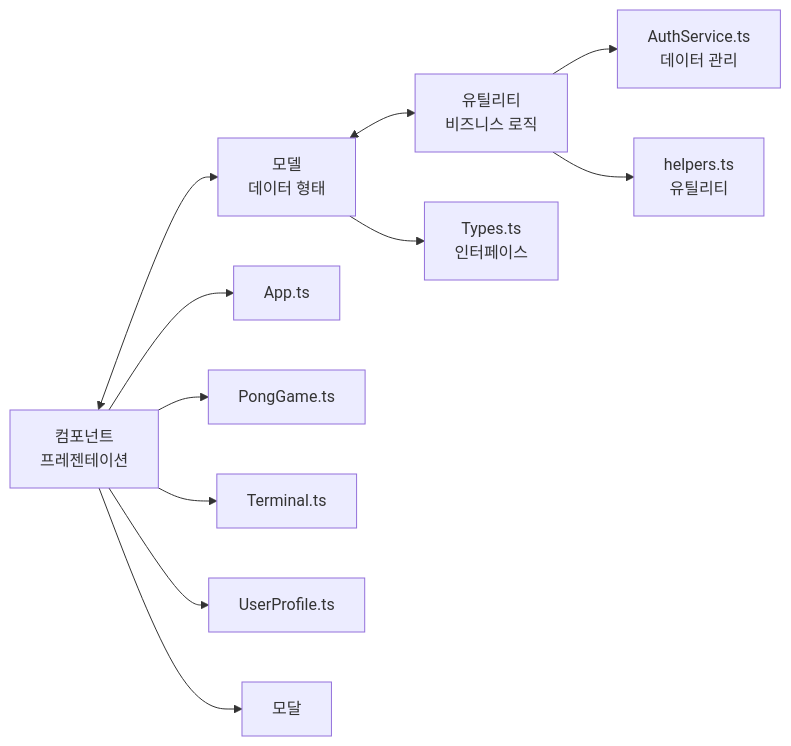
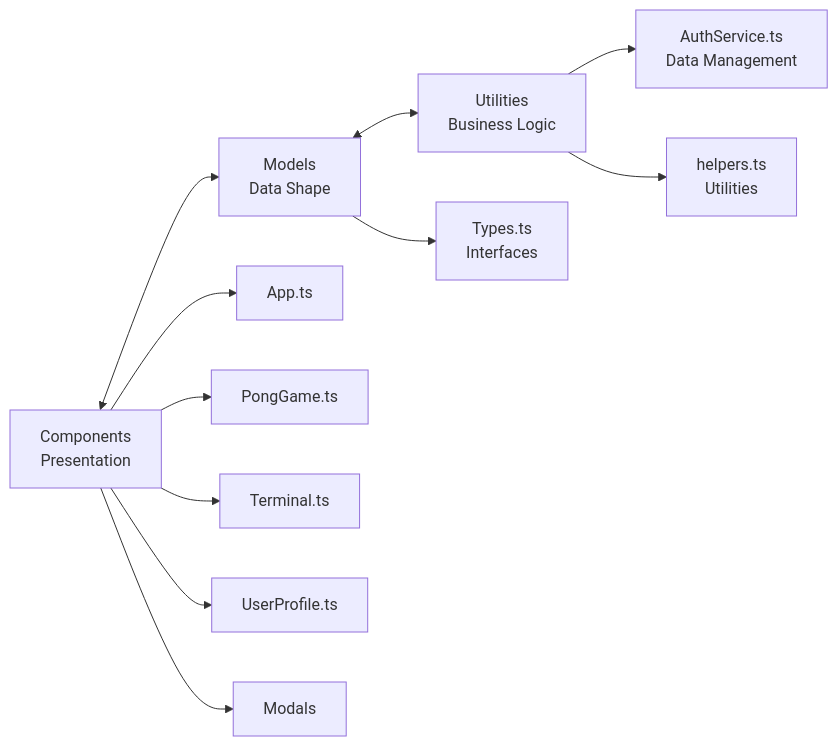
The second of 9 diagrams in docs/front-docs/codebase-structure-guide.md (pong42-dev/ft_transcendence), drawn with Mermaid before and after one commit. The commit also changed other lines of this file and 5 other files, not shown here.

Commit message:
chore: Remove internationalization guide and update project overview and architecture documentation to reflect new project name, features, and architecture details for ft_transcendence.

````diff
--- a/docs/front-docs/codebase-structure-guide.md
+++ b/docs/front-docs/codebase-structure-guide.md
@@ -97,16 +174,16 @@
 ```mermaid
 graph LR
-    A[컴포넌트<br/>프레젠테이션] <--> B[모델<br/>데이터 형태]
-    B <--> C[유틸리티<br/>비즈니스 로직]
+    A[Components<br/>Presentation] <--> B[Models<br/>Data Shape]
+    B <--> C[Utilities<br/>Business Logic]
     
     A --> A1[App.ts]
     A --> A2[PongGame.ts]
     A --> A3[Terminal.ts]
     A --> A4[UserProfile.ts]
-    A --> A5[모달]
+    A --> A5[Modals]
     
-    B --> B1[Types.ts<br/>인터페이스]
+    B --> B1[Types.ts<br/>Interfaces]
     
-    C --> C1[AuthService.ts<br/>데이터 관리]
-    C --> C2[helpers.ts<br/>유틸리티]
+    C --> C1[AuthService.ts<br/>Data Management]
+    C --> C2[helpers.ts<br/>Utilities]
 ```
````
